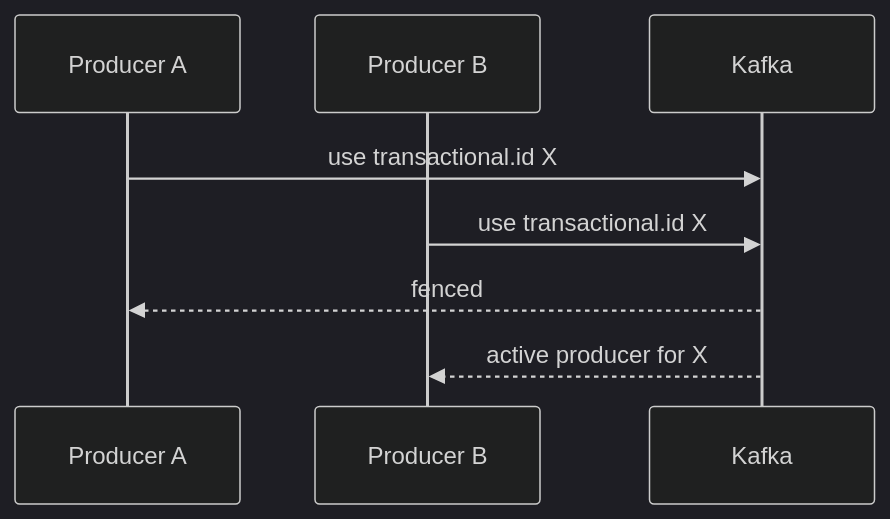
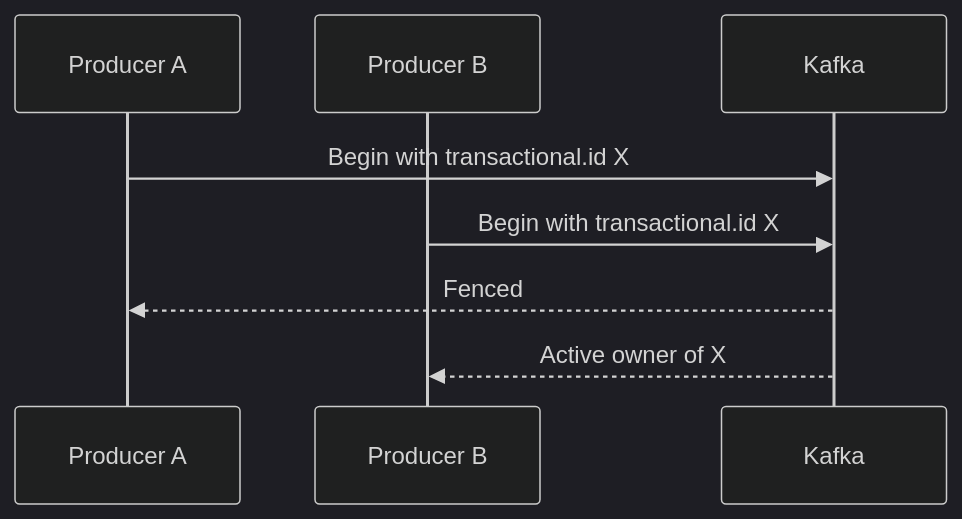
Before and after one commit to sandeepbhardwaj/sandeepbhardwaj.github.io: the diagram in _posts/2026-06-26-kafka-idempotent-producer-transactions-part-3.md, drawn with Mermaid (dark theme). The commit also changed other lines of this file and 113 other files, not shown here.

````diff
--- a/_posts/2026-06-26-kafka-idempotent-producer-transactions-part-3.md
+++ b/_posts/2026-06-26-kafka-idempotent-producer-transactions-part-3.md
@@ -46,10 +34,11 @@
 ```mermaid
 sequenceDiagram
     participant P1 as Producer A
     participant P2 as Producer B
     participant K as Kafka
-    P1->>K: use transactional.id X
-    P2->>K: use transactional.id X
-    K-->>P1: fenced
-    K-->>P2: active producer for X
+
+    P1->>K: Begin with transactional.id X
+    P2->>K: Begin with transactional.id X
+    K-->>P1: Fenced
+    K-->>P2: Active owner of X
 ```
````
